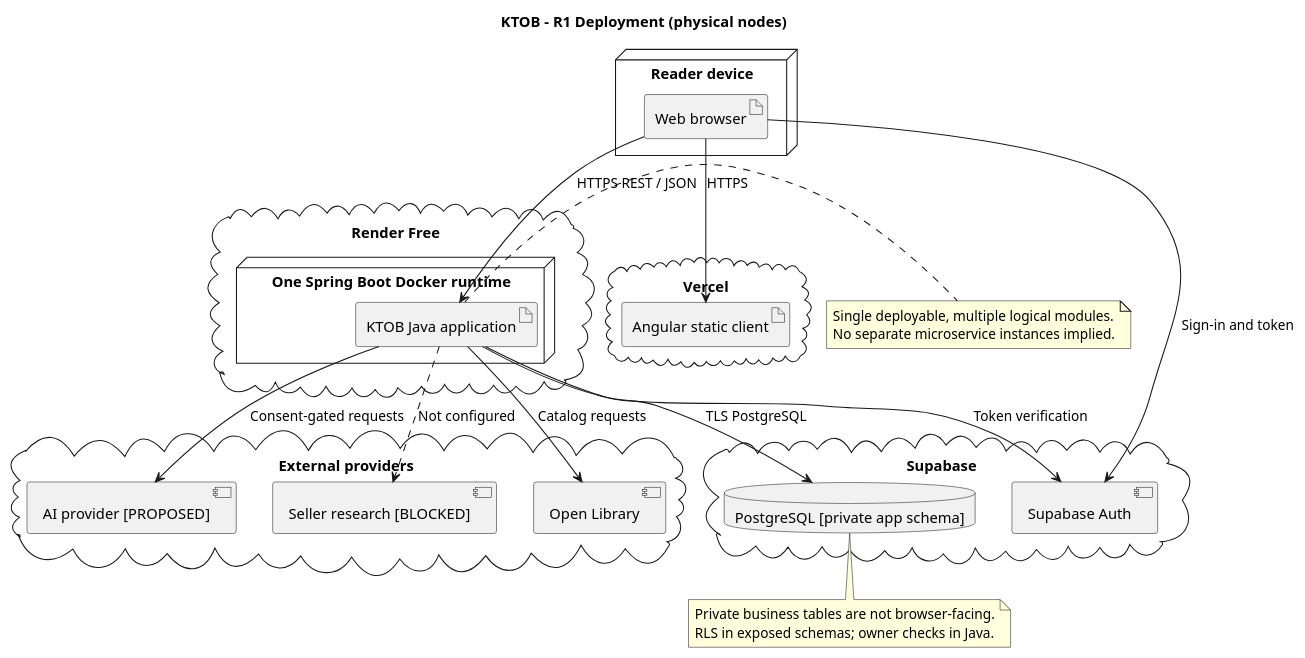
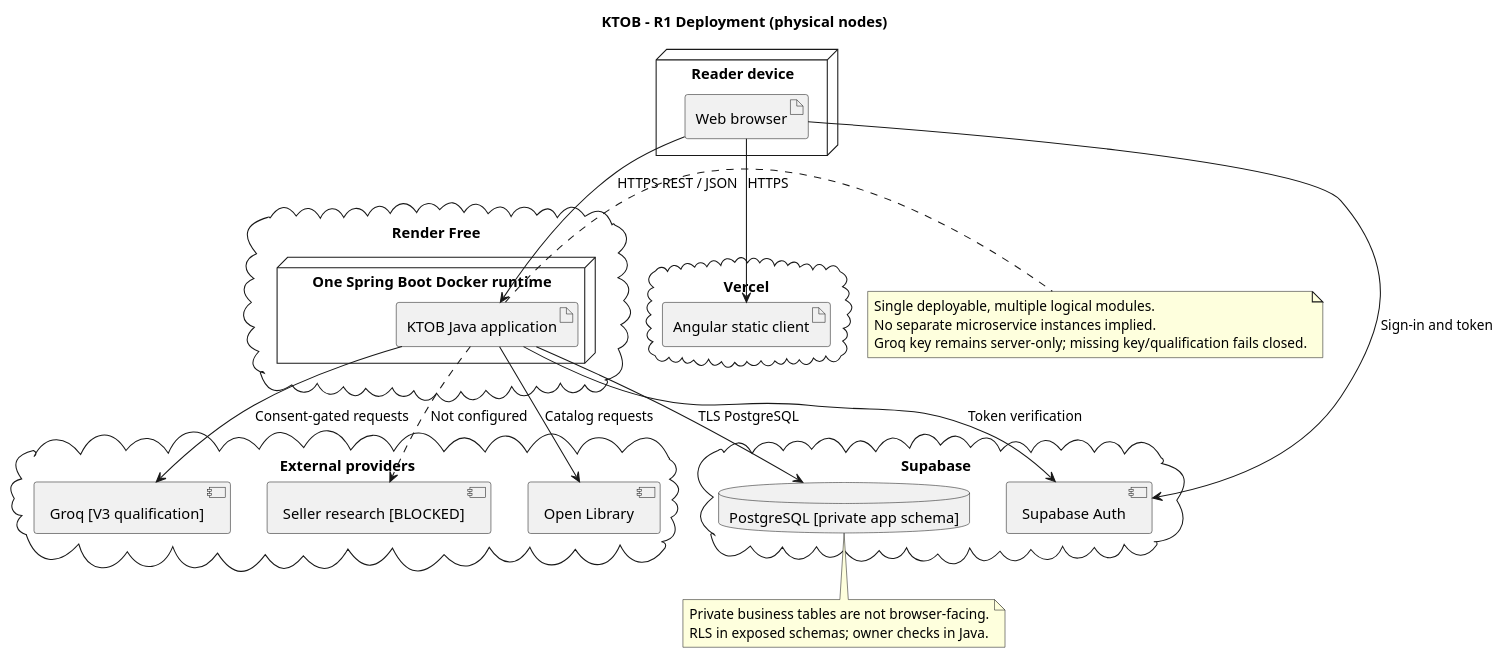
One commit to Adam-BArbia/ktob-literary-companion changed the diagram in docs/uml/05-deployment.puml. Above: the diagram before and after it, drawn with PlantUML. The commit also changed 53 other files, not shown here.

```diff
--- a/docs/uml/05-deployment.puml
+++ b/docs/uml/05-deployment.puml
@@ -1,39 +1,40 @@
 @startuml KTOB_05_deployment
 title KTOB - R1 Deployment (physical nodes)
 node "Reader device" {
  artifact "Web browser" as Browser
 }
 cloud "Vercel" {
  artifact "Angular static client" as Angular
 }
 cloud "Render Free" {
  node "One Spring Boot Docker runtime" {
   artifact "KTOB Java application" as Backend
  }
 }
 cloud "Supabase" {
  database "PostgreSQL [private app schema]" as Database
  component "Supabase Auth" as Auth
 }
 cloud "External providers" {
  component "Open Library" as OL
- component "AI provider [PROPOSED]" as AI
+ component "Groq [V3 qualification]" as AI
  component "Seller research [BLOCKED]" as Seller
 }
 Browser --> Angular : HTTPS
 Browser --> Backend : HTTPS REST / JSON
 Browser --> Auth : Sign-in and token
 Backend --> Auth : Token verification
 Backend --> Database : TLS PostgreSQL
 Backend --> OL : Catalog requests
 Backend --> AI : Consent-gated requests
 Backend ..> Seller : Not configured
 note right of Backend
 Single deployable, multiple logical modules.
 No separate microservice instances implied.
+Groq key remains server-only; missing key/qualification fails closed.
 end note
 note bottom of Database
 Private business tables are not browser-facing.
 RLS in exposed schemas; owner checks in Java.
 end note
 @enduml
```
